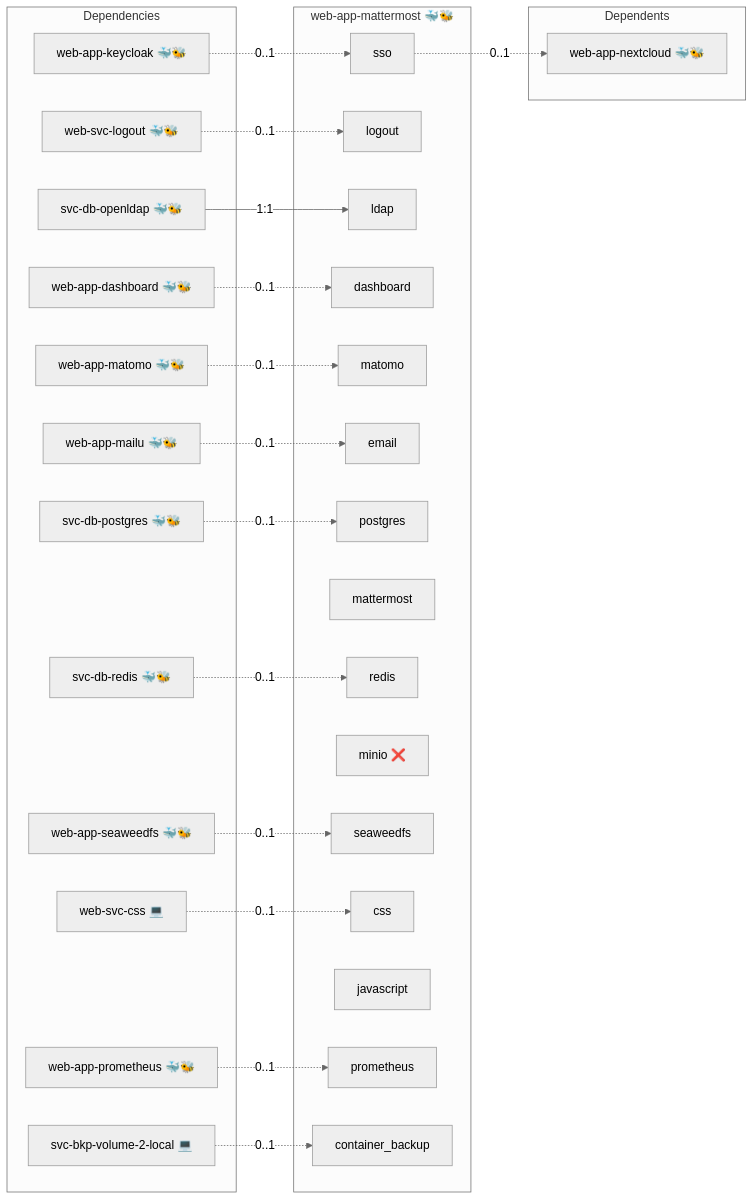
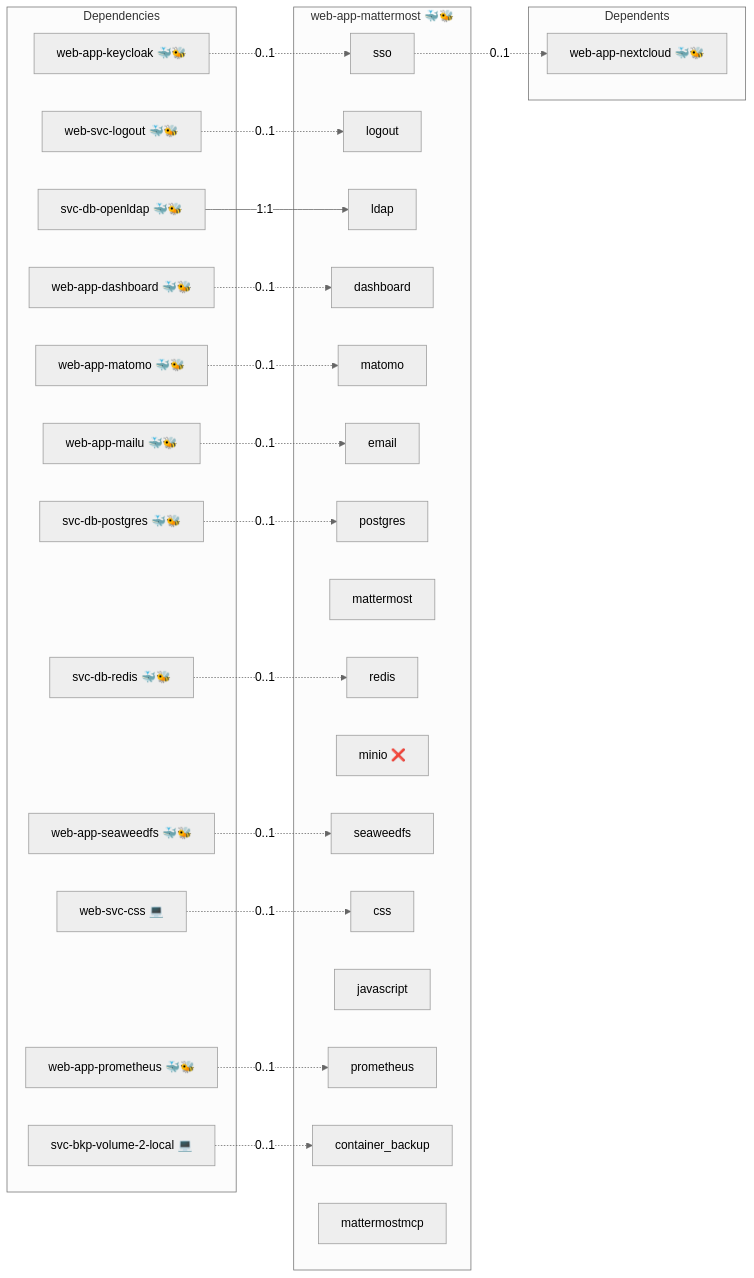
Before and after one commit to infinito-nexus/core: the diagram in roles/web-app-mattermost/README.md, drawn with Mermaid (neutral theme). The commit also changed other lines of this file and 10 other files, not shown here.

````diff
--- a/roles/web-app-mattermost/README.md
+++ b/roles/web-app-mattermost/README.md
@@ -15,50 +15,51 @@
 ```mermaid
 flowchart LR
     subgraph deps [Dependencies]
         dep_svc_bkp_volume_2_local["svc-bkp-volume-2-local 💻"]
         dep_svc_db_openldap["svc-db-openldap 🐳🐝"]
         dep_svc_db_postgres["svc-db-postgres 🐳🐝"]
         dep_svc_db_redis["svc-db-redis 🐳🐝"]
         dep_web_app_dashboard["web-app-dashboard 🐳🐝"]
         dep_web_app_keycloak["web-app-keycloak 🐳🐝"]
         dep_web_app_mailu["web-app-mailu 🐳🐝"]
         dep_web_app_matomo["web-app-matomo 🐳🐝"]
         dep_web_app_prometheus["web-app-prometheus 🐳🐝"]
         dep_web_app_seaweedfs["web-app-seaweedfs 🐳🐝"]
         dep_web_svc_css["web-svc-css 💻"]
         dep_web_svc_logout["web-svc-logout 🐳🐝"]
     end
     subgraph role [web-app-mattermost 🐳🐝]
         svc_sso["sso"]
         svc_logout["logout"]
         svc_ldap["ldap"]
         svc_dashboard["dashboard"]
         svc_matomo["matomo"]
         svc_email["email"]
         svc_postgres["postgres"]
         svc_mattermost["mattermost"]
         svc_redis["redis"]
         svc_minio["minio ❌"]
         svc_seaweedfs["seaweedfs"]
         svc_css["css"]
         svc_javascript["javascript"]
         svc_prometheus["prometheus"]
         svc_container_backup["container_backup"]
+        svc_mattermostmcp["mattermostmcp"]
     end
     subgraph dependents [Dependents]
         dpt_web_app_nextcloud["web-app-nextcloud 🐳🐝"]
     end
     dep_svc_bkp_volume_2_local -. "0..1" .-> svc_container_backup
     dep_svc_db_openldap -- "1:1" --> svc_ldap
     dep_svc_db_postgres -. "0..1" .-> svc_postgres
     dep_svc_db_redis -. "0..1" .-> svc_redis
     dep_web_app_dashboard -. "0..1" .-> svc_dashboard
     dep_web_app_keycloak -. "0..1" .-> svc_sso
     dep_web_app_mailu -. "0..1" .-> svc_email
     dep_web_app_matomo -. "0..1" .-> svc_matomo
     dep_web_app_prometheus -. "0..1" .-> svc_prometheus
     dep_web_app_seaweedfs -. "0..1" .-> svc_seaweedfs
     dep_web_svc_css -. "0..1" .-> svc_css
     dep_web_svc_logout -. "0..1" .-> svc_logout
     svc_sso -. "0..1" .-> dpt_web_app_nextcloud
 ```
````
